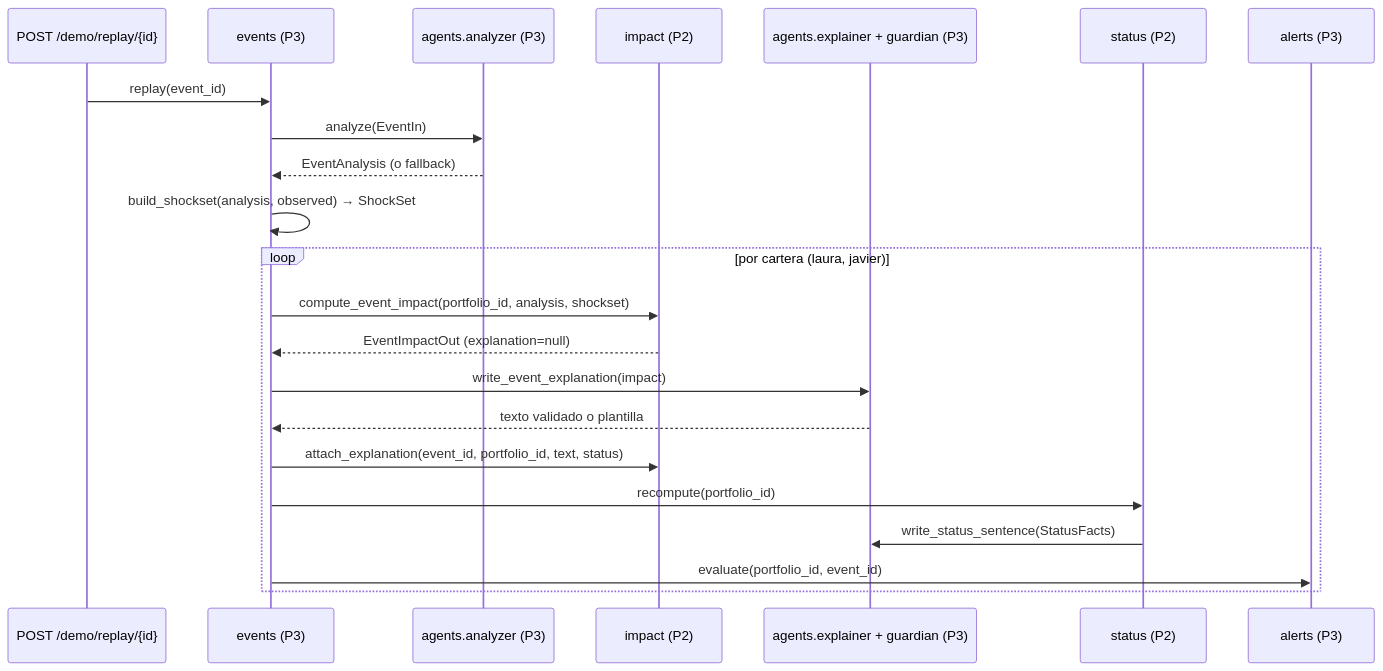
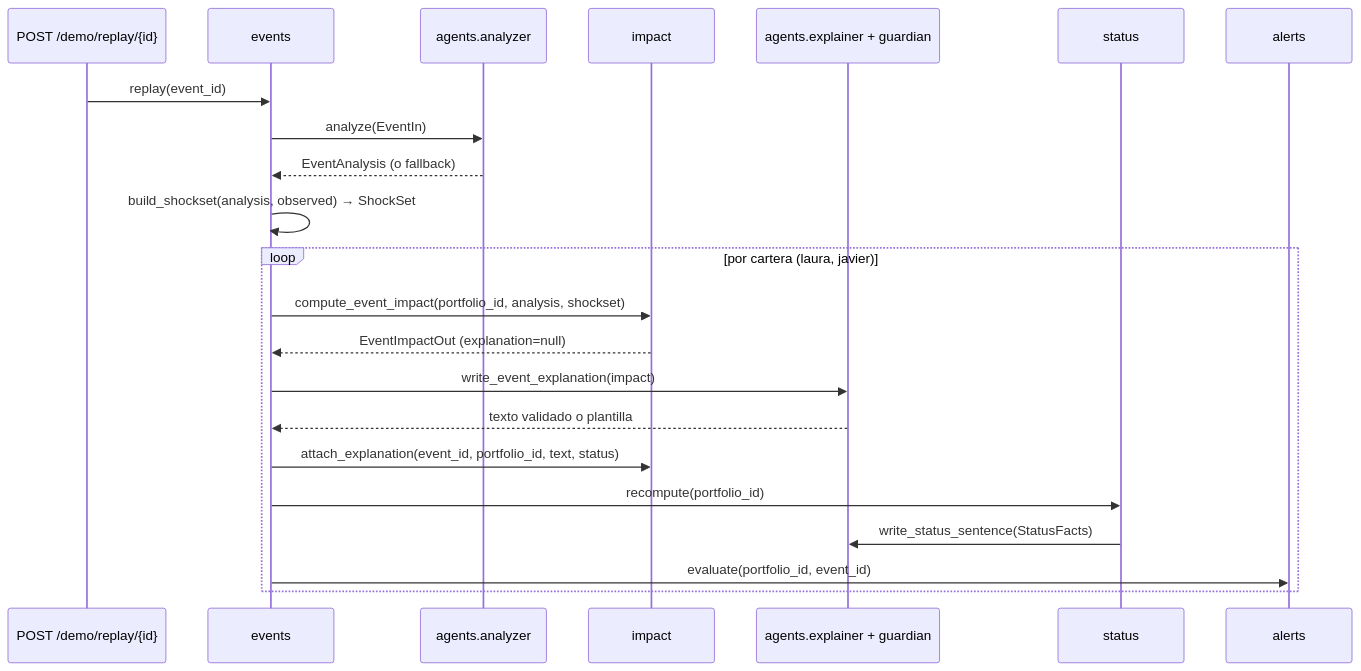
One commit to marcosrdiaz/kairos changed the diagram in docs/superpowers/specs/2026-11-08-kairos-mvp-design.md. Above: the diagram before and after it, drawn with Mermaid. The commit also changed other lines of this file, not shown here.

````diff
--- a/docs/superpowers/specs/2026-11-08-kairos-mvp-design.md
+++ b/docs/superpowers/specs/2026-11-08-kairos-mvp-design.md
@@ -63,24 +53,24 @@
 ```mermaid
 sequenceDiagram
   participant OP as POST /demo/replay/{id}
-  participant EV as events (P3)
-  participant AN as agents.analyzer (P3)
-  participant IM as impact (P2)
-  participant AG as agents.explainer + guardian (P3)
-  participant ST as status (P2)
-  participant AL as alerts (P3)
+  participant EV as events
+  participant AN as agents.analyzer
+  participant IM as impact
+  participant AG as agents.explainer + guardian
+  participant ST as status
+  participant AL as alerts
   OP->>EV: replay(event_id)
   EV->>AN: analyze(EventIn)
   AN-->>EV: EventAnalysis (o fallback)
   EV->>EV: build_shockset(analysis, observed) → ShockSet
   loop por cartera (laura, javier)
     EV->>IM: compute_event_impact(portfolio_id, analysis, shockset)
     IM-->>EV: EventImpactOut (explanation=null)
     EV->>AG: write_event_explanation(impact)
     AG-->>EV: texto validado o plantilla
     EV->>IM: attach_explanation(event_id, portfolio_id, text, status)
     EV->>ST: recompute(portfolio_id)
     ST->>AG: write_status_sentence(StatusFacts)
     EV->>AL: evaluate(portfolio_id, event_id)
   end
 ```
````
